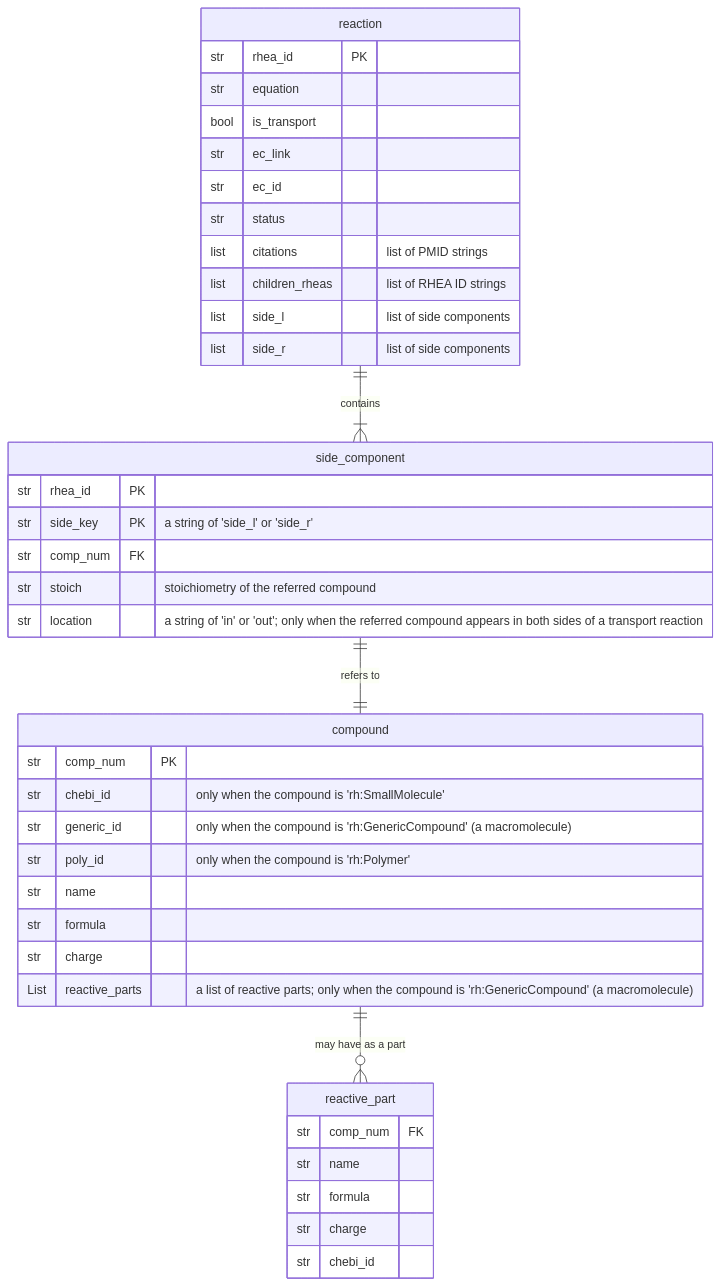
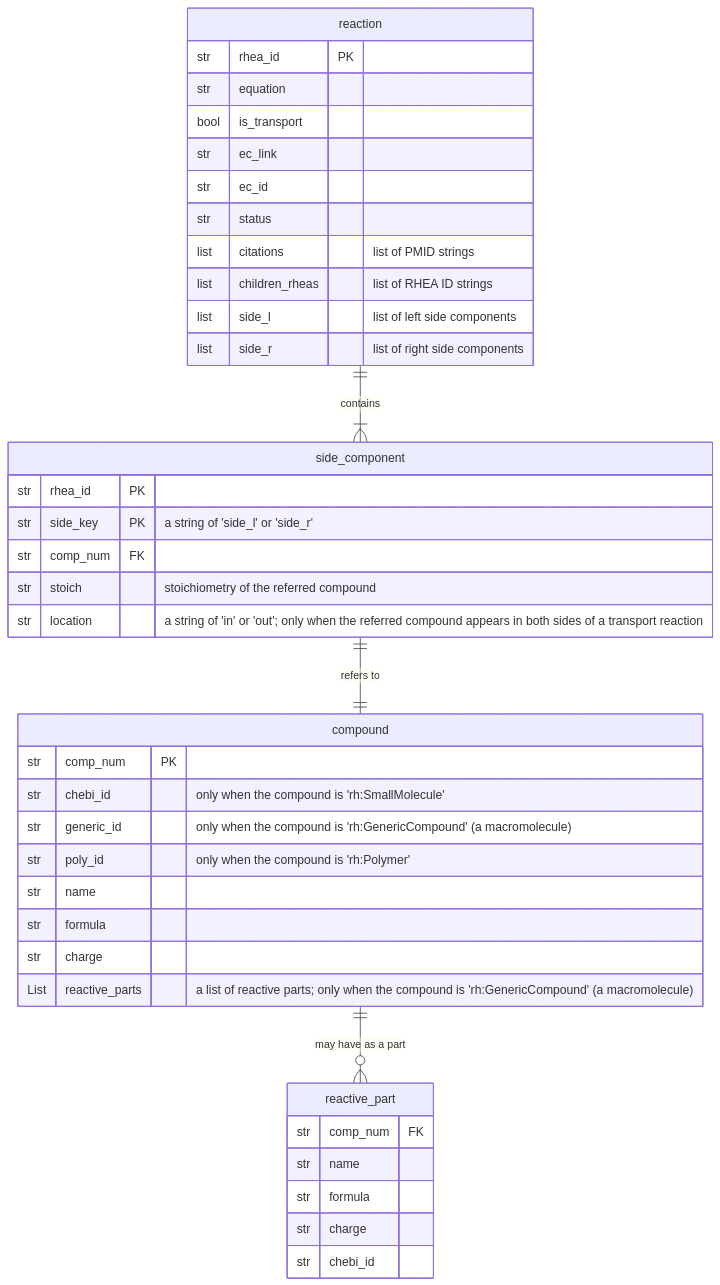
Before and after one commit to biothings/Rhea: the diagram in README.md, drawn with Mermaid.

````diff
--- a/README.md
+++ b/README.md
@@ -101,46 +101,46 @@
 ```mermaid
 erDiagram
     reaction {
         str rhea_id PK 
         str equation
         bool is_transport
         str ec_link
         str ec_id
         str status
         list citations "list of PMID strings"
         list children_rheas "list of RHEA ID strings"
-        list side_l "list of side components"
-        list side_r "list of side components"
+        list side_l "list of left side components"
+        list side_r "list of right side components"
     }
 
     side_component {
         str rhea_id PK
         str side_key PK "a string of 'side_l' or 'side_r'"
         str comp_num FK
         str stoich "stoichiometry of the referred compound"
         str location "a string of 'in' or 'out'; only when the referred compound appears in both sides of a transport reaction"
     }
 
     compound {
         str comp_num PK
         str chebi_id "only when the compound is 'rh:SmallMolecule'"
         str generic_id "only when the compound is 'rh:GenericCompound' (a macromolecule)"
         str poly_id "only when the compound is 'rh:Polymer'"
         str name
         str formula
         str charge
         List reactive_parts "a list of reactive parts; only when the compound is 'rh:GenericCompound' (a macromolecule)"
     }
 
     reactive_part {
         str comp_num FK
         str name
         str formula
         str charge
         str chebi_id
     }
 
     reaction ||--|{ side_component : "contains"
     side_component ||--|| compound : "refers to"
     compound ||--o{ reactive_part : "may have as a part"
 ```
````
